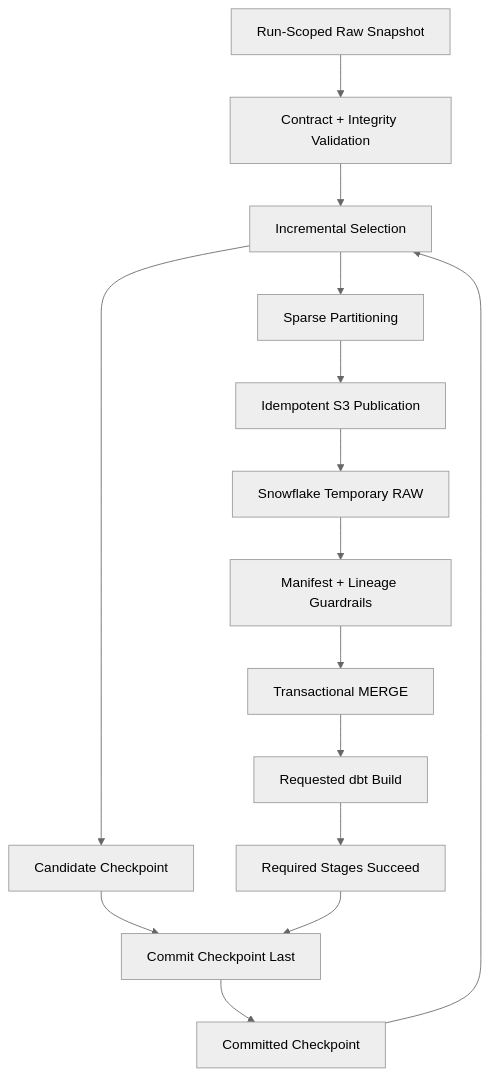
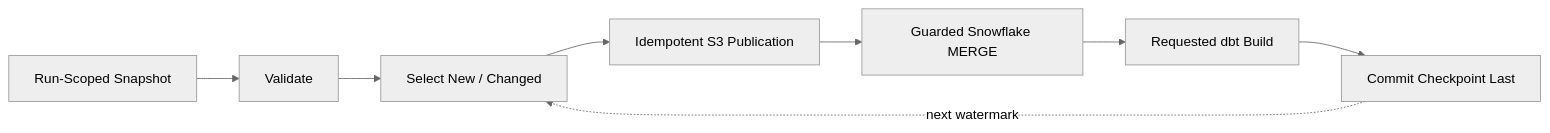
Before and after one commit to samahmedQA/fraud-dispute-analytics-pipeline: the diagram in README.md, drawn with Mermaid (neutral theme). The commit also changed other lines of this file and 2 other files, not shown here.

````diff
--- a/README.md
+++ b/README.md
@@ -17,17 +17,10 @@
 ```mermaid
-flowchart TD
-    A[Run-Scoped Raw Snapshot] --> B[Contract + Integrity Validation]
-    B --> C[Incremental Selection]
-    J[Committed Checkpoint] --> C
-    C --> D[Sparse Partitioning]
-    C --> K[Candidate Checkpoint]
-    D --> E[Idempotent S3 Publication]
-    E --> F[Snowflake Temporary RAW]
-    F --> G[Manifest + Lineage Guardrails]
-    G --> H[Transactional MERGE]
-    H --> I[Requested dbt Build]
-    I --> L[Required Stages Succeed]
-    K --> M[Commit Checkpoint Last]
-    L --> M
-    M --> J
+flowchart LR
+    A[Run-Scoped Snapshot] --> B[Validate]
+    B --> C[Select New / Changed]
+    C --> D[Idempotent S3 Publication]
+    D --> E[Guarded Snowflake MERGE]
+    E --> F[Requested dbt Build]
+    F --> G[Commit Checkpoint Last]
+    G -. next watermark .-> C
 ```
````
